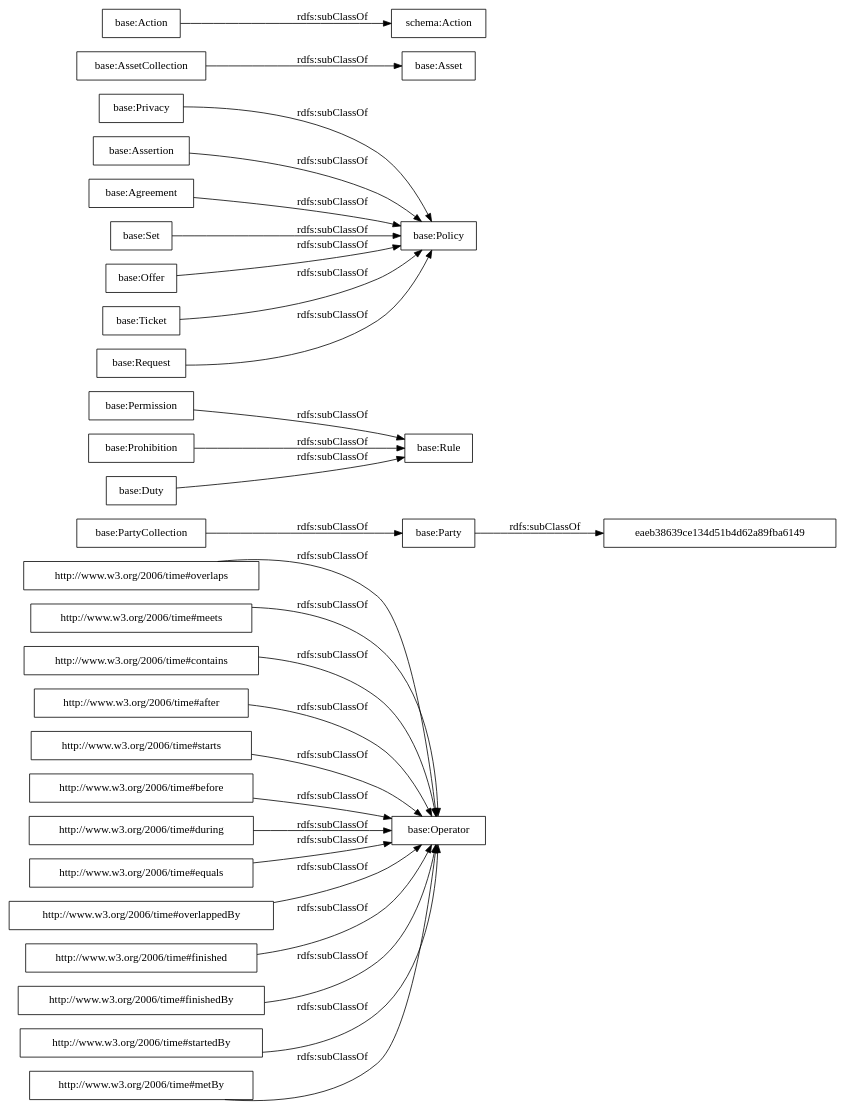
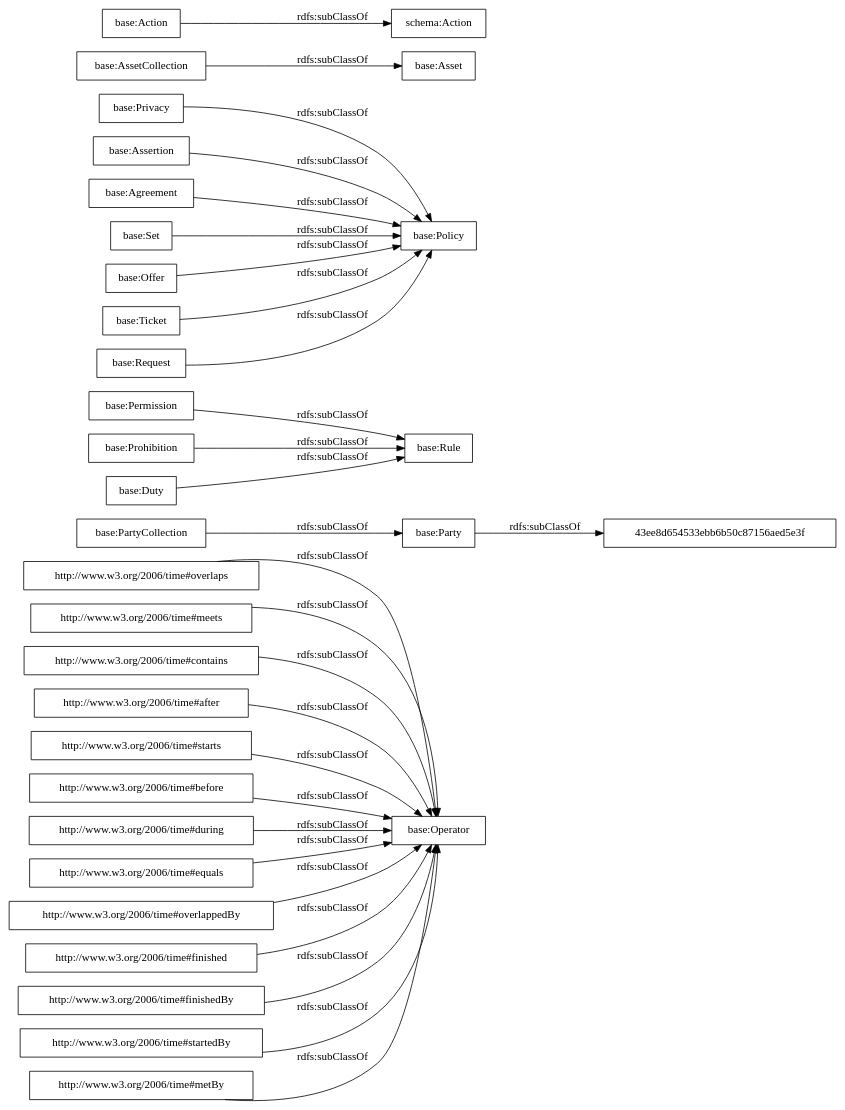
Before and after one commit to jucanbe/odre-time: the diagram in OnToology/Ontology/ontology.ttl/diagrams/ar2dtool-taxonomy/ontology.ttl.png.dot, drawn with Graphviz. The commit also changed 34 other files, not shown here.

```diff
--- a/OnToology/Ontology/ontology.ttl/diagrams/ar2dtool-taxonomy/ontology.ttl.png.dot
+++ b/OnToology/Ontology/ontology.ttl/diagrams/ar2dtool-taxonomy/ontology.ttl.png.dot
@@ -1,33 +1,33 @@
 digraph ar2dtool_diagram { 
 rankdir=LR;
 size="1000"
-node [shape = rectangle, color="black"]; "http://www.w3.org/2006/time#overlaps" "http://www.w3.org/2006/time#meets" "base:PartyCollection" "base:Permission" "base:Privacy" "http://www.w3.org/2006/time#contains" "base:Prohibition" "base:Asset" "base:Rule" "http://www.w3.org/2006/time#after" "base:AssetCollection" "base:Assertion" "http://www.w3.org/2006/time#starts" "base:Agreement" "http://www.w3.org/2006/time#before" "http://www.w3.org/2006/time#during" "schema:Action" "http://www.w3.org/2006/time#equals" "base:Duty" "http://www.w3.org/2006/time#overlappedBy" "http://www.w3.org/2006/time#finished" "base:Set" "base:Action" "base:Policy" "base:Party" "http://www.w3.org/2006/time#finishedBy" "eaeb38639ce134d51b4d62a89fba6149" "base:Offer" "base:Operator" "http://www.w3.org/2006/time#startedBy" "http://www.w3.org/2006/time#metBy" "base:Ticket" "base:Request" ; /*classes style*/
+node [shape = rectangle, color="black"]; "http://www.w3.org/2006/time#overlaps" "http://www.w3.org/2006/time#meets" "base:PartyCollection" "base:Permission" "base:Privacy" "http://www.w3.org/2006/time#contains" "base:Prohibition" "base:Asset" "base:Rule" "http://www.w3.org/2006/time#after" "base:AssetCollection" "base:Assertion" "http://www.w3.org/2006/time#starts" "base:Agreement" "http://www.w3.org/2006/time#before" "http://www.w3.org/2006/time#during" "schema:Action" "http://www.w3.org/2006/time#equals" "base:Duty" "http://www.w3.org/2006/time#overlappedBy" "43ee8d654533ebb6b50c87156aed5e3f" "http://www.w3.org/2006/time#finished" "base:Set" "base:Action" "base:Policy" "base:Party" "http://www.w3.org/2006/time#finishedBy" "base:Offer" "base:Operator" "http://www.w3.org/2006/time#startedBy" "http://www.w3.org/2006/time#metBy" "base:Ticket" "base:Request" ; /*classes style*/
 	"base:Assertion" -> "base:Policy" [ label = "rdfs:subClassOf" ];
 	"base:Ticket" -> "base:Policy" [ label = "rdfs:subClassOf" ];
 	"http://www.w3.org/2006/time#metBy" -> "base:Operator" [ label = "rdfs:subClassOf" ];
 	"http://www.w3.org/2006/time#meets" -> "base:Operator" [ label = "rdfs:subClassOf" ];
 	"http://www.w3.org/2006/time#overlaps" -> "base:Operator" [ label = "rdfs:subClassOf" ];
 	"base:Set" -> "base:Policy" [ label = "rdfs:subClassOf" ];
 	"base:Action" -> "schema:Action" [ label = "rdfs:subClassOf" ];
 	"base:Permission" -> "base:Rule" [ label = "rdfs:subClassOf" ];
 	"http://www.w3.org/2006/time#after" -> "base:Operator" [ label = "rdfs:subClassOf" ];
 	"http://www.w3.org/2006/time#finished" -> "base:Operator" [ label = "rdfs:subClassOf" ];
 	"base:Request" -> "base:Policy" [ label = "rdfs:subClassOf" ];
 	"http://www.w3.org/2006/time#contains" -> "base:Operator" [ label = "rdfs:subClassOf" ];
 	"base:PartyCollection" -> "base:Party" [ label = "rdfs:subClassOf" ];
 	"http://www.w3.org/2006/time#finishedBy" -> "base:Operator" [ label = "rdfs:subClassOf" ];
-	"base:Party" -> "eaeb38639ce134d51b4d62a89fba6149" [ label = "rdfs:subClassOf" ];
+	"base:Party" -> "43ee8d654533ebb6b50c87156aed5e3f" [ label = "rdfs:subClassOf" ];
 	"base:Prohibition" -> "base:Rule" [ label = "rdfs:subClassOf" ];
 	"base:AssetCollection" -> "base:Asset" [ label = "rdfs:subClassOf" ];
 	"http://www.w3.org/2006/time#overlappedBy" -> "base:Operator" [ label = "rdfs:subClassOf" ];
 	"base:Agreement" -> "base:Policy" [ label = "rdfs:subClassOf" ];
 	"base:Duty" -> "base:Rule" [ label = "rdfs:subClassOf" ];
 	"http://www.w3.org/2006/time#equals" -> "base:Operator" [ label = "rdfs:subClassOf" ];
 	"http://www.w3.org/2006/time#startedBy" -> "base:Operator" [ label = "rdfs:subClassOf" ];
 	"http://www.w3.org/2006/time#during" -> "base:Operator" [ label = "rdfs:subClassOf" ];
 	"base:Offer" -> "base:Policy" [ label = "rdfs:subClassOf" ];
 	"base:Privacy" -> "base:Policy" [ label = "rdfs:subClassOf" ];
 	"http://www.w3.org/2006/time#before" -> "base:Operator" [ label = "rdfs:subClassOf" ];
 	"http://www.w3.org/2006/time#starts" -> "base:Operator" [ label = "rdfs:subClassOf" ];
 
 }
```
